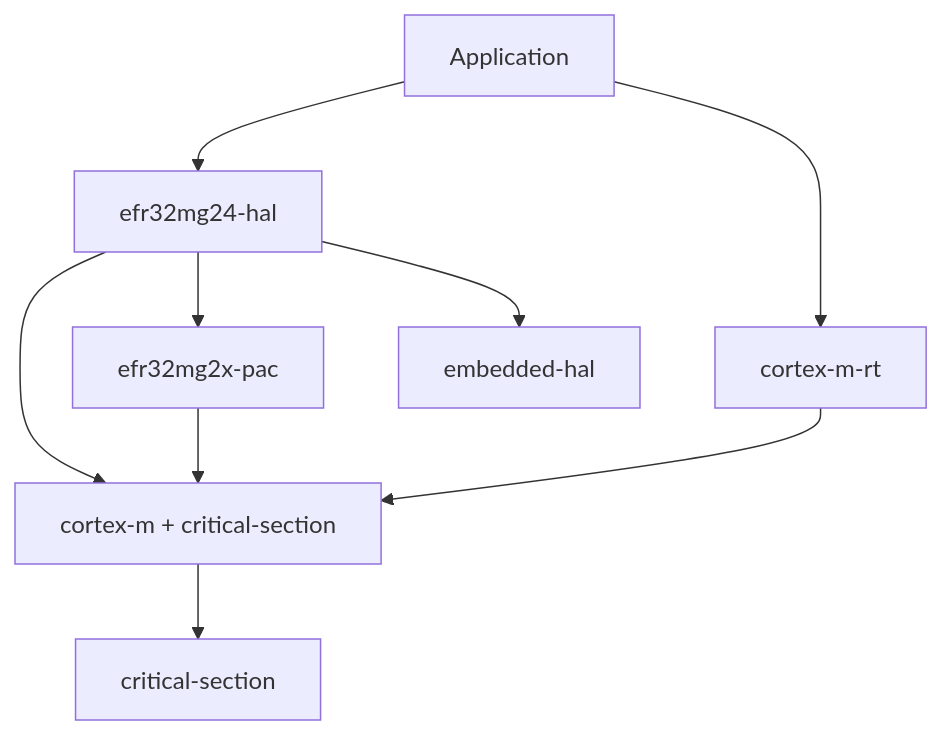
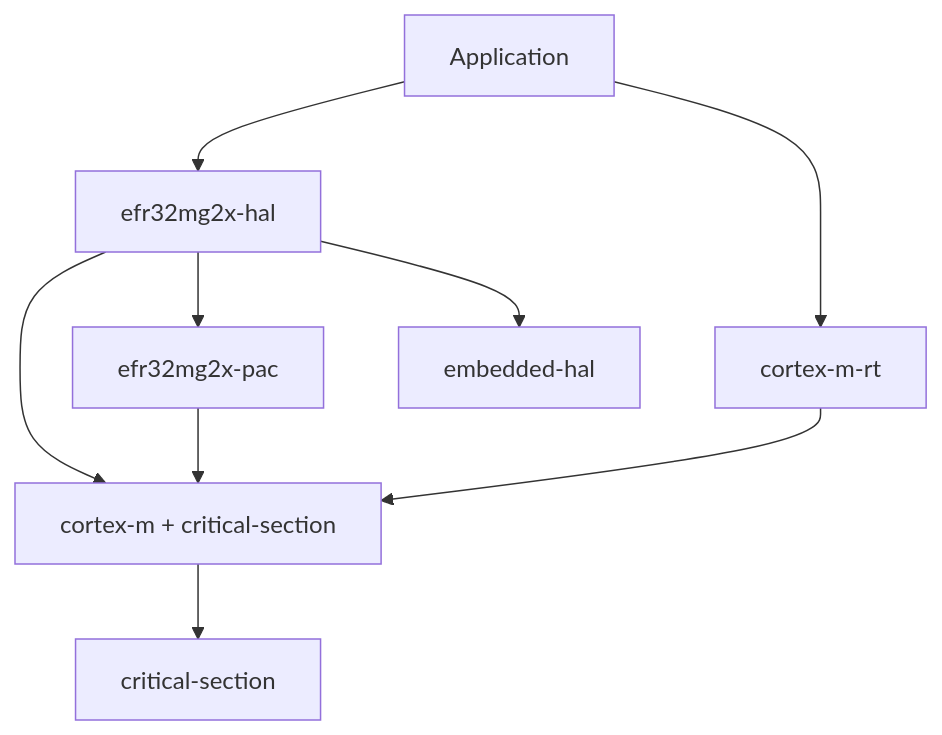
Before and after one commit to bitscrafts/EFR32MG2X-RS: the second of 2 diagrams in docs/02-guides/HAL-BUILD-SYSTEM.md, drawn with Mermaid. The commit also changed other lines of this file and 197 other files, not shown here.

````diff
--- a/docs/02-guides/HAL-BUILD-SYSTEM.md
+++ b/docs/02-guides/HAL-BUILD-SYSTEM.md
@@ -267,11 +267,11 @@
 ```mermaid
 graph TD
-    APP[Application] --> HAL[efr32mg24-hal]
+    APP[Application] --> HAL[efr32mg2x-hal]
     APP --> RT[cortex-m-rt]
     HAL --> PAC[efr32mg2x-pac]
     HAL --> CM[cortex-m + critical-section]
     HAL --> EH[embedded-hal]
     PAC --> CM
     RT --> CM
     CM --> CS[critical-section]
 ```
````
